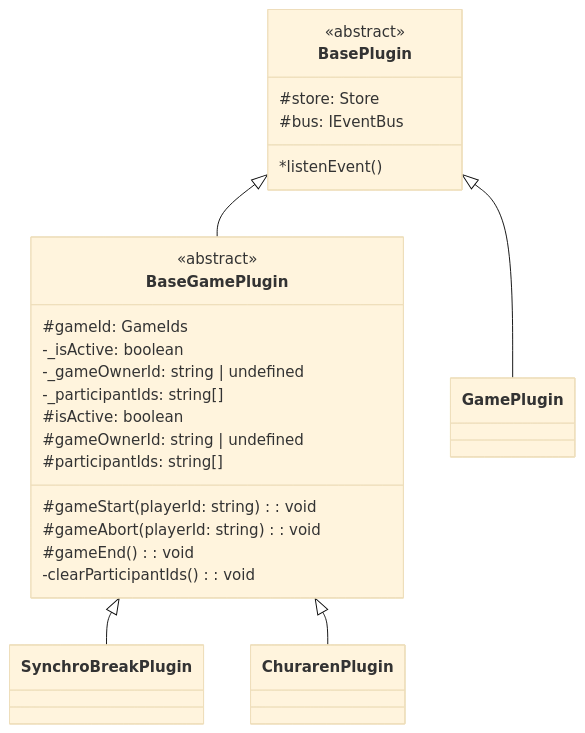
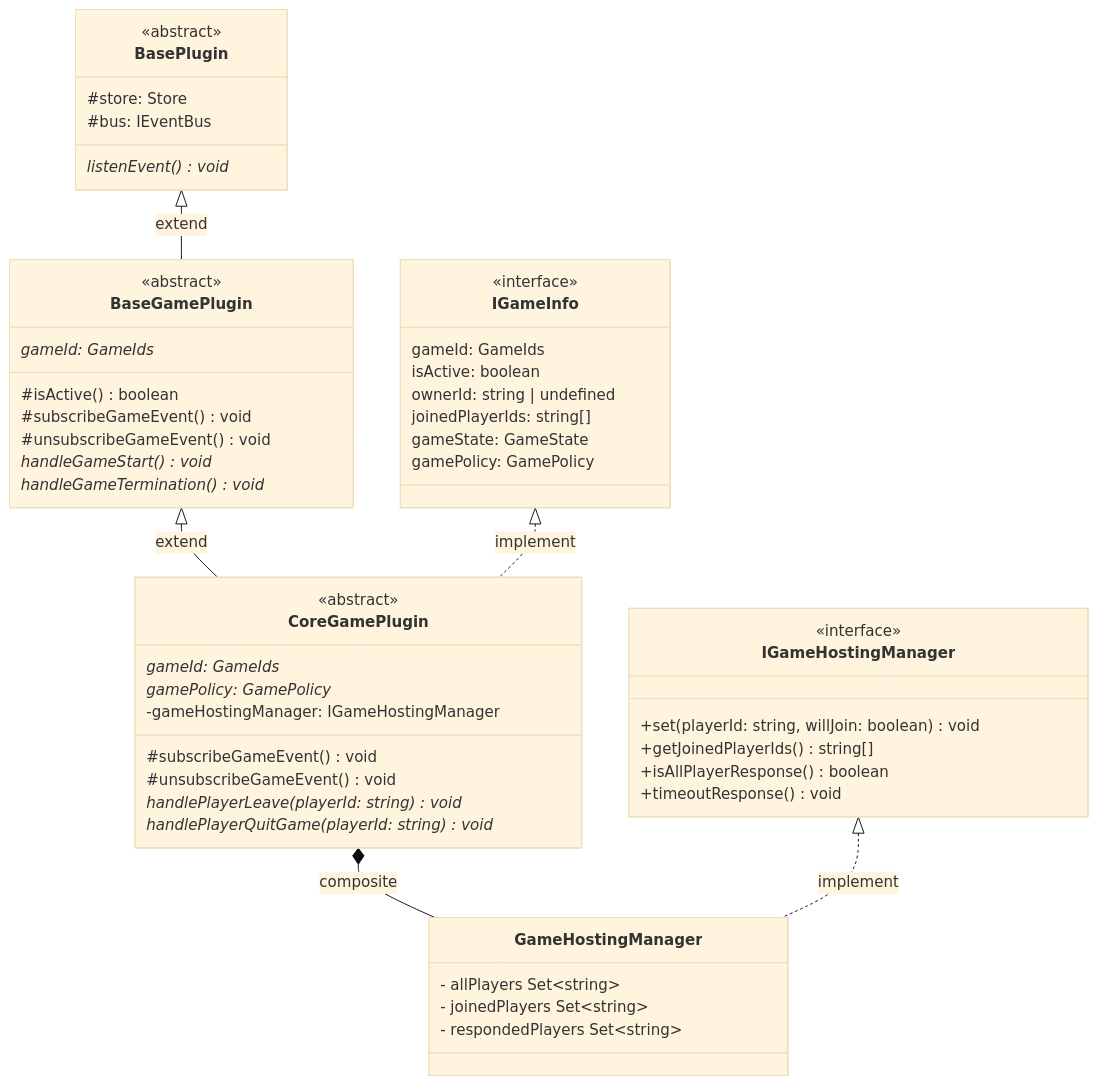
The diagram in churaverse-plugins-server/src/gamePlugin/gamePluginClass.md (churadata/churaverse-plugins), drawn with Mermaid (base theme) before and after one commit. The commit also changed other lines of this file and 187 other files, not shown here.

````diff
--- a/churaverse-plugins-server/src/gamePlugin/gamePluginClass.md
+++ b/churaverse-plugins-server/src/gamePlugin/gamePluginClass.md
@@ -5,43 +5,64 @@
 ```mermaid
 classDiagram
-    BasePlugin <|-- BaseGamePlugin
-    BasePlugin <|-- GamePlugin
-    BaseGamePlugin <|-- SynchroBreakPlugin
-    BaseGamePlugin <|-- ChurarenPlugin
+    BasePlugin <|-- BaseGamePlugin : extend
+    BaseGamePlugin <|-- CoreGamePlugin : extend
+    IGameInfo <|.. CoreGamePlugin : implement
+    CoreGamePlugin *-- GameHostingManager : composite
+    IGameHostingManager <|.. GameHostingManager : implement
 
     class BasePlugin {
         <<abstract>>
         #store: Store<Scene>
         #bus: IEventBus<Scene>
 
-        *listenEvent()
+        listenEvent() void *
     }
 
-    class GamePlugin {
+    class IGameInfo {
+        <<interface>>
+        gameId: GameIds
+        isActive: boolean
+        ownerId: string | undefined
+        joinedPlayerIds: string[]
+        gameState: GameState
+        gamePolicy: GamePolicy
     }
 
     class BaseGamePlugin {
         <<abstract>>
-        #gameId: GameIds
-        -_isActive: boolean
-        -_gameOwnerId: string | undefined
-        -_participantIds: string[]
+        gameId: GameIds * 
 
-        #isActive: boolean
-        #gameOwnerId: string | undefined
-        #participantIds: string[]
-
-        #gameStart(playerId: string): void
-        #gameAbort(playerId: string): void
-        #gameEnd(): void
-        -clearParticipantIds(): void
+        #isActive() boolean
+        #subscribeGameEvent() void
+        #unsubscribeGameEvent() void
+        handleGameStart() void *
+        handleGameTermination() void *
     }
 
-    class SynchroBreakPlugin {
+    class CoreGamePlugin {
+        <<abstract>>
+        gameId: GameIds *
+        gamePolicy: GamePolicy *
+        -gameHostingManager: IGameHostingManager
 
+        #subscribeGameEvent() void
+        #unsubscribeGameEvent() void
+        handlePlayerLeave(playerId: string) void *
+        handlePlayerQuitGame(playerId: string) void *
     }
 
-    class ChurarenPlugin {
+    class GameHostingManager {
+        - allPlayers Set~string~
+        - joinedPlayers Set~string~
+        - respondedPlayers Set~string~
+    }
 
+    class IGameHostingManager {
+        <<interface>>
+
+        +set(playerId: string, willJoin: boolean) void
+        +getJoinedPlayerIds() string[]
+        +isAllPlayerResponse() boolean
+        +timeoutResponse() void
     }
 ```
````
